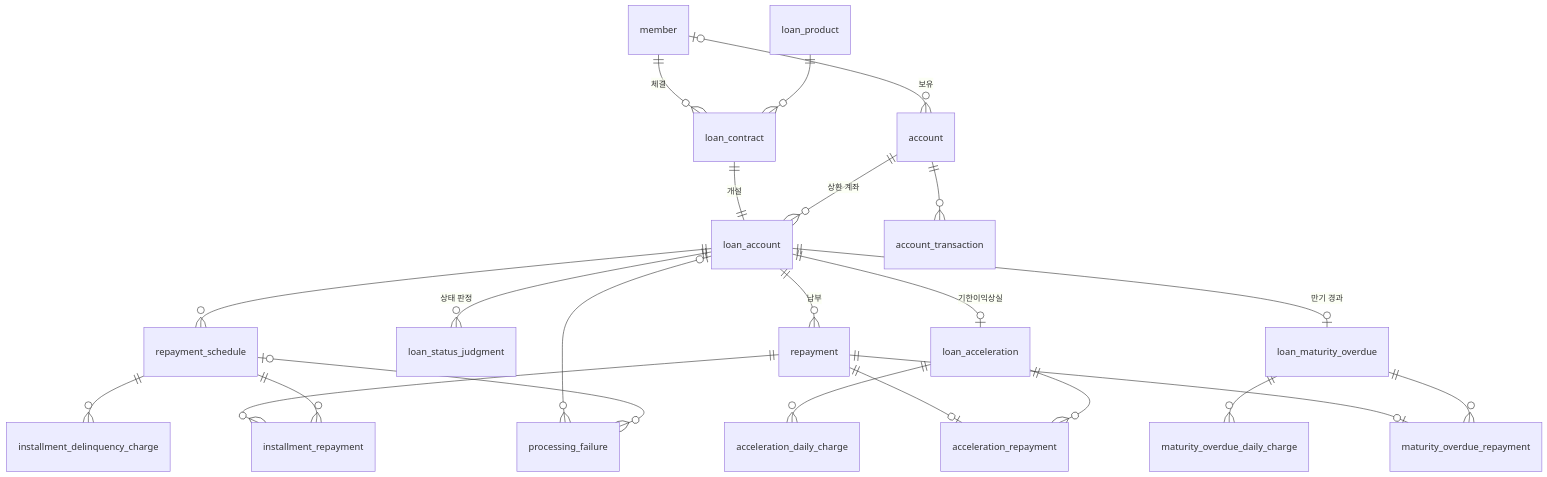
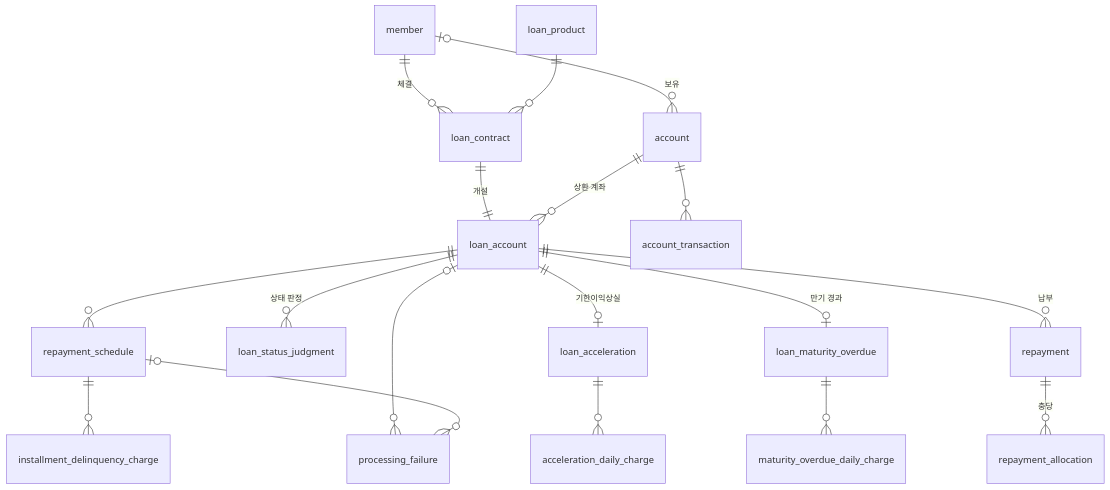
Before and after one commit to Loan-Repayment-System/repayment-backend: the diagram in docs/erd.md, drawn with Mermaid. The commit also changed other lines of this file and 10 other files, not shown here.

````diff
--- a/docs/erd.md
+++ b/docs/erd.md
@@ -41,25 +39,20 @@
 ```mermaid
 erDiagram
     member |o--o{ account : "보유"
     member ||--o{ loan_contract : "체결"
     loan_product ||--o{ loan_contract : ""
     loan_contract ||--|| loan_account : "개설"
     account ||--o{ loan_account : "상환 계좌"
     account ||--o{ account_transaction : ""
     loan_account ||--o{ repayment_schedule : ""
     loan_account ||--o{ loan_status_judgment : "상태 판정"
     repayment_schedule ||--o{ installment_delinquency_charge : ""
     loan_account ||--o| loan_acceleration : "기한이익상실"
     loan_acceleration ||--o{ acceleration_daily_charge : ""
     loan_account ||--o| loan_maturity_overdue : "만기 경과"
     loan_maturity_overdue ||--o{ maturity_overdue_daily_charge : ""
     loan_account ||--o{ repayment : "납부"
-    repayment ||--o{ installment_repayment : ""
-    repayment_schedule ||--o{ installment_repayment : ""
-    repayment ||--o| acceleration_repayment : ""
-    loan_acceleration ||--o{ acceleration_repayment : ""
-    repayment ||--o| maturity_overdue_repayment : ""
-    loan_maturity_overdue ||--o{ maturity_overdue_repayment : ""
+    repayment ||--o{ repayment_allocation : "충당"
     loan_account |o--o{ processing_failure : ""
     repayment_schedule |o--o{ processing_failure : ""
 ```
````
